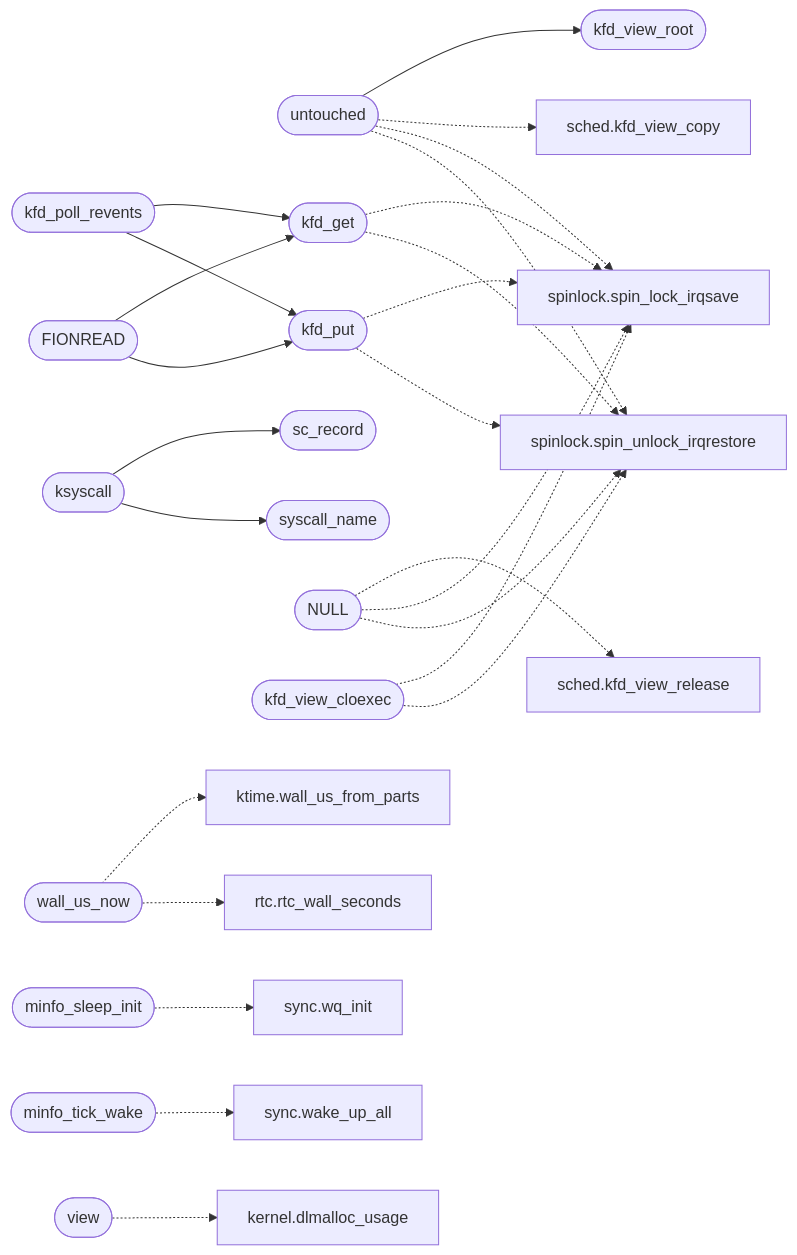
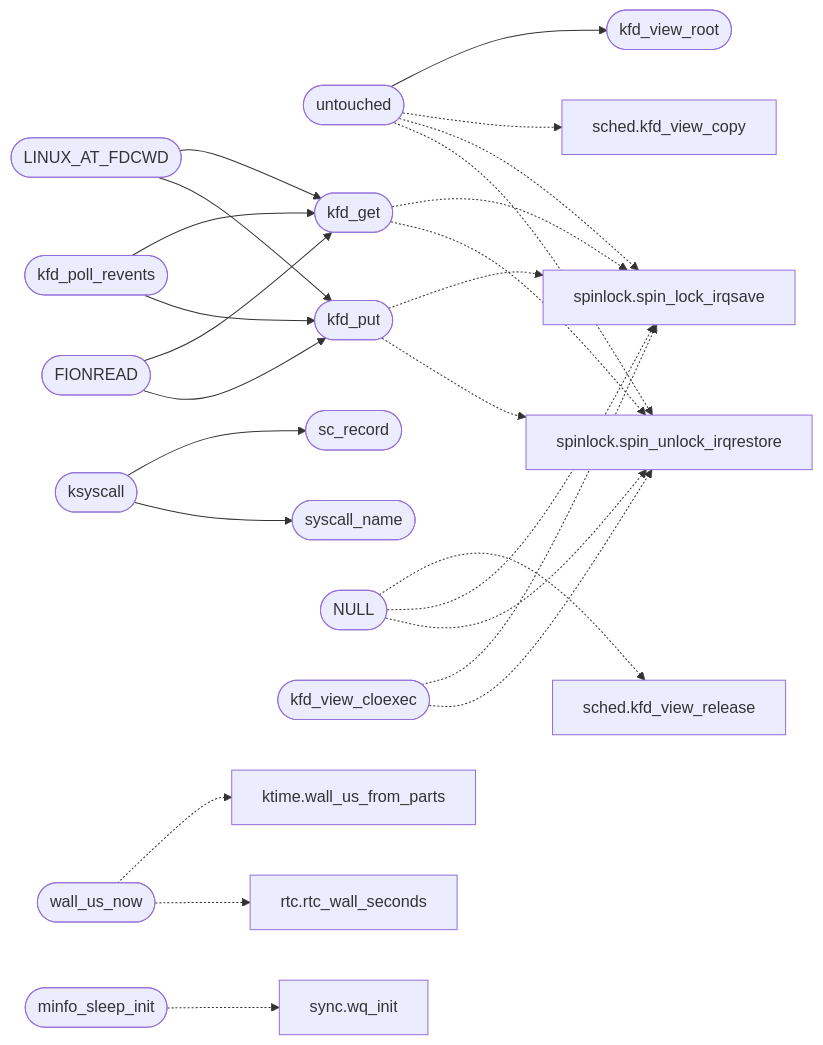
One commit to grisuno/miniOS changed the second of 2 diagrams in readmenator-apidocs/modules/kernel.syscalls.c.md. Above: the diagram before and after it, drawn with Mermaid. The commit also changed other lines of this file and 138 other files, not shown here.

````diff
--- a/readmenator-apidocs/modules/kernel.syscalls.c.md
+++ b/readmenator-apidocs/modules/kernel.syscalls.c.md
@@ -35,51 +35,48 @@
 ```mermaid
 flowchart LR
     n_kernel_syscalls_c__untouched(["untouched"])
     n_kernel_syscalls_c__kfd_view_root(["kfd_view_root"])
-    n_kernel_syscalls_c__kfd_poll_revents(["kfd_poll_revents"])
+    n_kernel_syscalls_c__LINUX_AT_FDCWD(["LINUX_AT_FDCWD"])
     n_kernel_syscalls_c__kfd_get(["kfd_get"])
     n_kernel_syscalls_c__kfd_put(["kfd_put"])
+    n_kernel_syscalls_c__kfd_poll_revents(["kfd_poll_revents"])
     n_kernel_syscalls_c__FIONREAD(["FIONREAD"])
     n_kernel_syscalls_c__ksyscall(["ksyscall"])
     n_kernel_syscalls_c__sc_record(["sc_record"])
     n_kernel_syscalls_c__syscall_name(["syscall_name"])
     n_headers_spinlock_h__spin_lock_irqsave["spinlock.spin_lock_irqsave"]
     n_headers_spinlock_h__spin_unlock_irqrestore["spinlock.spin_unlock_irqrestore"]
     n_headers_sched_h__kfd_view_copy["sched.kfd_view_copy"]
     n_kernel_syscalls_c__NULL(["NULL"])
     n_headers_sched_h__kfd_view_release["sched.kfd_view_release"]
     n_kernel_syscalls_c__kfd_view_cloexec(["kfd_view_cloexec"])
     n_kernel_syscalls_c__wall_us_now(["wall_us_now"])
     n_headers_ktime_h__wall_us_from_parts["ktime.wall_us_from_parts"]
     n_headers_rtc_h__rtc_wall_seconds["rtc.rtc_wall_seconds"]
     n_kernel_syscalls_c__minfo_sleep_init(["minfo_sleep_init"])
     n_headers_sync_h__wq_init["sync.wq_init"]
-    n_kernel_syscalls_c__minfo_tick_wake(["minfo_tick_wake"])
-    n_headers_sync_h__wake_up_all["sync.wake_up_all"]
-    n_kernel_syscalls_c__view(["view"])
-    n_headers_kernel_h__dlmalloc_usage["kernel.dlmalloc_usage"]
     n_kernel_syscalls_c__untouched --> n_kernel_syscalls_c__kfd_view_root
+    n_kernel_syscalls_c__LINUX_AT_FDCWD --> n_kernel_syscalls_c__kfd_get
+    n_kernel_syscalls_c__LINUX_AT_FDCWD --> n_kernel_syscalls_c__kfd_put
     n_kernel_syscalls_c__kfd_poll_revents --> n_kernel_syscalls_c__kfd_get
     n_kernel_syscalls_c__kfd_poll_revents --> n_kernel_syscalls_c__kfd_put
     n_kernel_syscalls_c__FIONREAD --> n_kernel_syscalls_c__kfd_get
     n_kernel_syscalls_c__FIONREAD --> n_kernel_syscalls_c__kfd_put
     n_kernel_syscalls_c__ksyscall --> n_kernel_syscalls_c__sc_record
     n_kernel_syscalls_c__ksyscall --> n_kernel_syscalls_c__syscall_name
     n_kernel_syscalls_c__kfd_get -.-> n_headers_spinlock_h__spin_lock_irqsave
     n_kernel_syscalls_c__kfd_get -.-> n_headers_spinlock_h__spin_unlock_irqrestore
     n_kernel_syscalls_c__kfd_put -.-> n_headers_spinlock_h__spin_lock_irqsave
     n_kernel_syscalls_c__kfd_put -.-> n_headers_spinlock_h__spin_unlock_irqrestore
     n_kernel_syscalls_c__untouched -.-> n_headers_sched_h__kfd_view_copy
     n_kernel_syscalls_c__untouched -.-> n_headers_spinlock_h__spin_lock_irqsave
     n_kernel_syscalls_c__untouched -.-> n_headers_spinlock_h__spin_unlock_irqrestore
     n_kernel_syscalls_c__NULL -.-> n_headers_sched_h__kfd_view_release
     n_kernel_syscalls_c__NULL -.-> n_headers_spinlock_h__spin_lock_irqsave
     n_kernel_syscalls_c__NULL -.-> n_headers_spinlock_h__spin_unlock_irqrestore
     n_kernel_syscalls_c__kfd_view_cloexec -.-> n_headers_spinlock_h__spin_lock_irqsave
     n_kernel_syscalls_c__kfd_view_cloexec -.-> n_headers_spinlock_h__spin_unlock_irqrestore
     n_kernel_syscalls_c__wall_us_now -.-> n_headers_ktime_h__wall_us_from_parts
     n_kernel_syscalls_c__wall_us_now -.-> n_headers_rtc_h__rtc_wall_seconds
     n_kernel_syscalls_c__minfo_sleep_init -.-> n_headers_sync_h__wq_init
-    n_kernel_syscalls_c__minfo_tick_wake -.-> n_headers_sync_h__wake_up_all
-    n_kernel_syscalls_c__view -.-> n_headers_kernel_h__dlmalloc_usage
 ```
````
